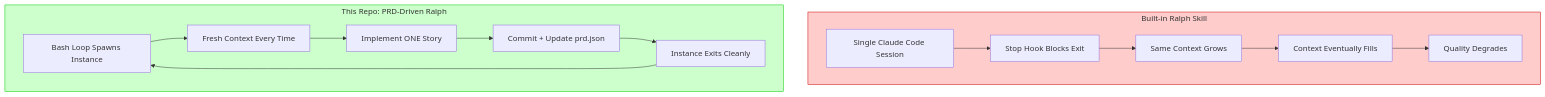
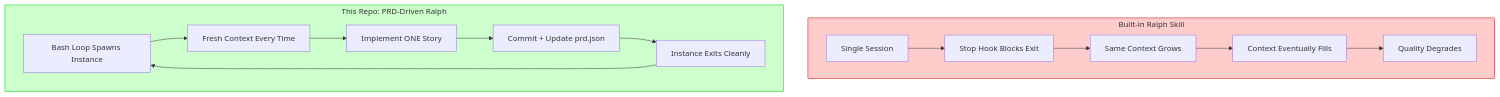
Before and after one commit to jayozer/ralph_code: the first of 4 diagrams in README.md, drawn with Mermaid. The commit also changed other lines of this file and 15 other files, not shown here.

````diff
--- a/README.md
+++ b/README.md
@@ -31,20 +184,20 @@
 ```mermaid
 flowchart TB
     subgraph builtin["Built-in Ralph Skill"]
-        B1[Single Claude Code Session] --> B2[Stop Hook Blocks Exit]
+        B1[Single Session] --> B2[Stop Hook Blocks Exit]
         B2 --> B3[Same Context Grows]
         B3 --> B4[Context Eventually Fills]
         B4 --> B5[Quality Degrades]
     end
 
     subgraph thisrepo["This Repo: PRD-Driven Ralph"]
         R1[Bash Loop Spawns Instance] --> R2[Fresh Context Every Time]
         R2 --> R3[Implement ONE Story]
         R3 --> R4[Commit + Update prd.json]
         R4 --> R5[Instance Exits Cleanly]
         R5 --> R1
     end
 
     style builtin fill:#ffcccc,stroke:#cc0000
     style thisrepo fill:#ccffcc,stroke:#00cc00
 ```
````
